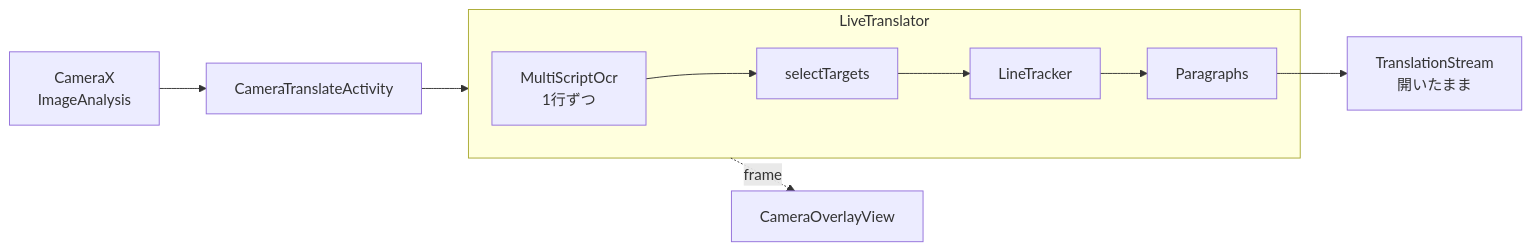
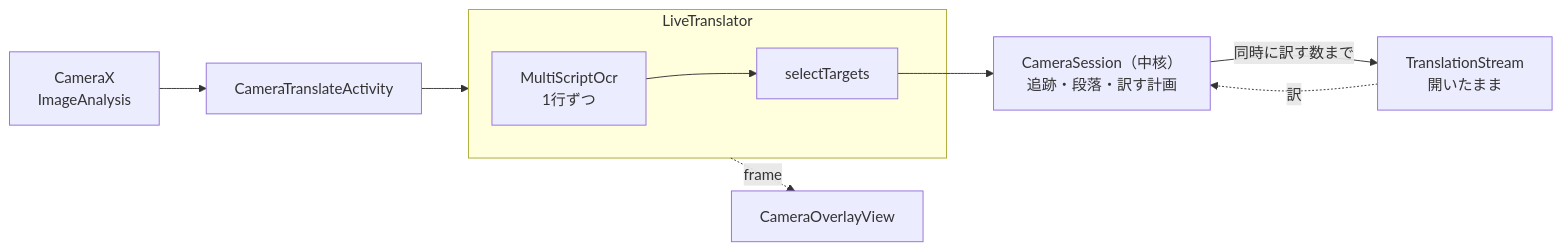
The third of 5 diagrams in docs/設計/アーキテクチャ.md (kagerouttepaso/PlamoTranslate), drawn with Mermaid before and after one commit. The commit also changed other lines of this file and 16 other files, not shown here.

````diff
--- a/docs/設計/アーキテクチャ.md
+++ b/docs/設計/アーキテクチャ.md
@@ -232,10 +233,12 @@
 ```mermaid
 flowchart LR
   CX["CameraX<br>ImageAnalysis"] --> ACT["CameraTranslateActivity"]
   ACT --> LT
   subgraph LT["LiveTranslator"]
-    OCR["MultiScriptOcr<br>1行ずつ"] --> SEL["selectTargets"] --> TRK["LineTracker"] --> PAR["Paragraphs"]
+    OCR["MultiScriptOcr<br>1行ずつ"] --> SEL["selectTargets"]
   end
-  PAR --> TS["TranslationStream<br>開いたまま"]
+  SEL --> CS["CameraSession（中核）<br>追跡・段落・訳す計画"]
+  CS -- "同時に訳す数まで" --> TS["TranslationStream<br>開いたまま"]
+  TS -. 訳 .-> CS
   LT -. frame .-> OV["CameraOverlayView"]
 ```
````
